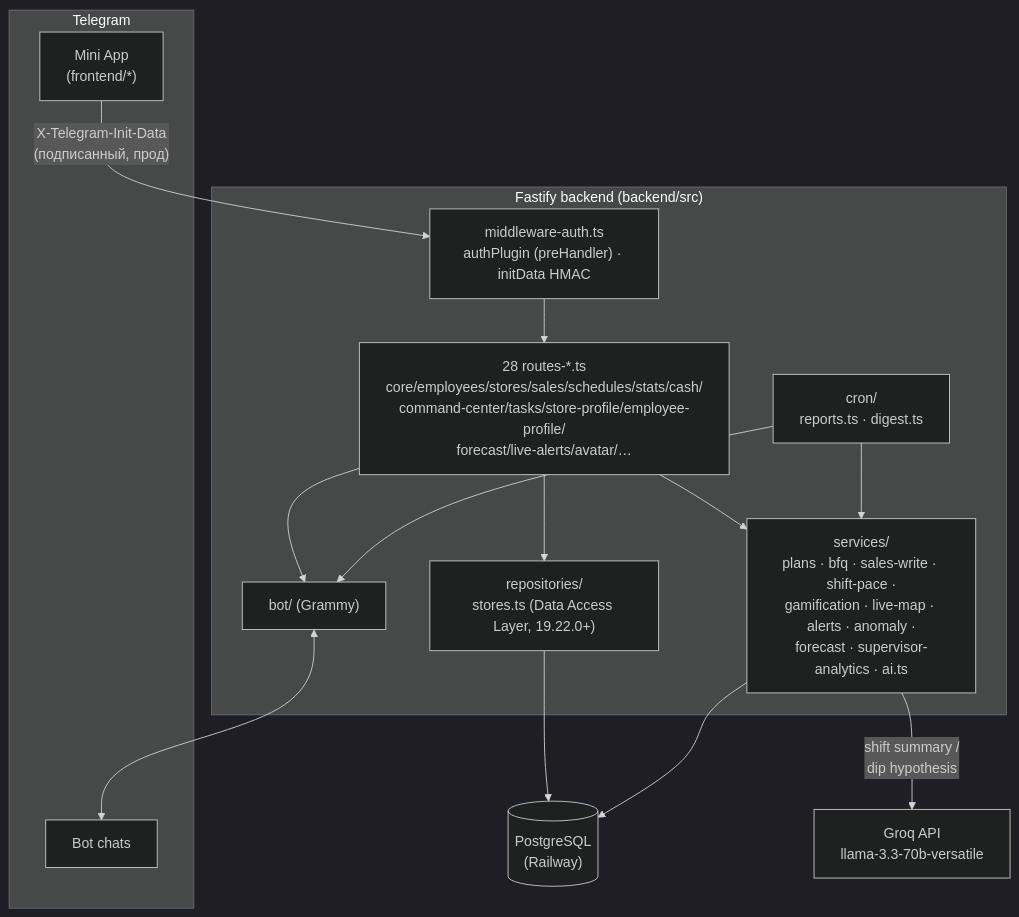
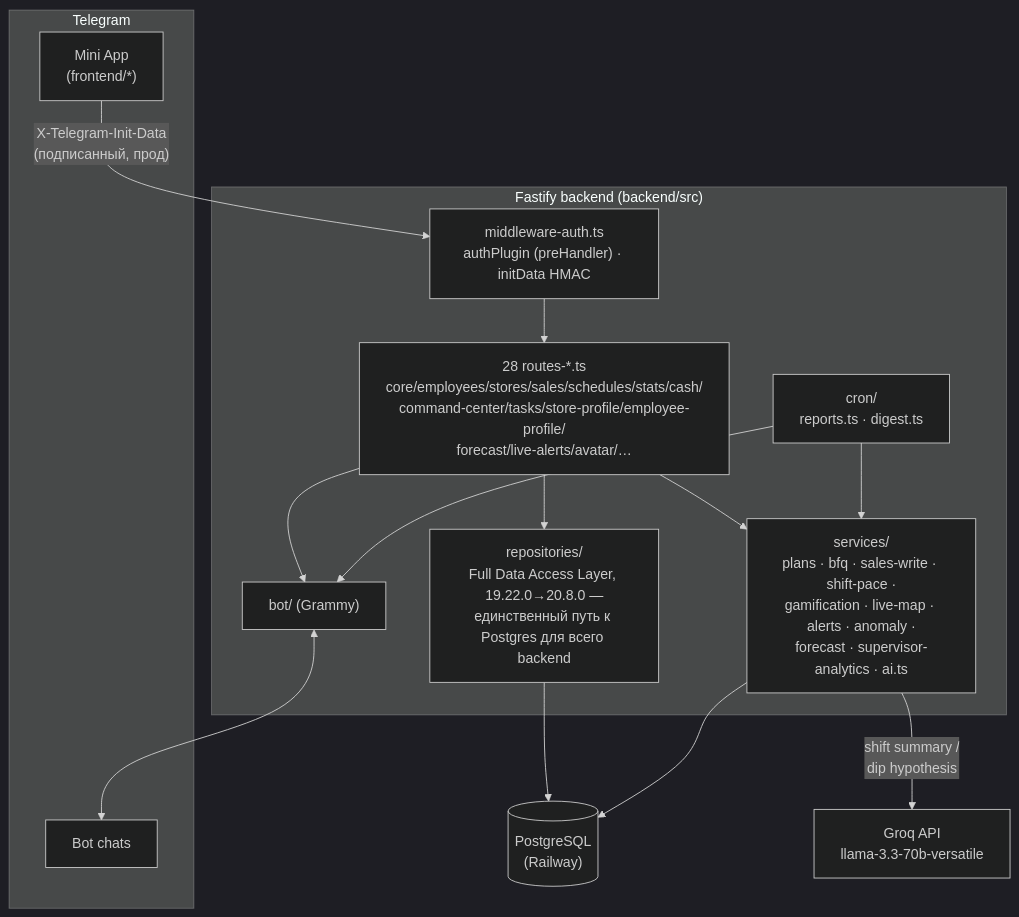
Before and after one commit to JustT1MExGOD/tele2-app: the diagram in README.md, drawn with Mermaid (dark theme). The commit also changed other lines of this file and 84 other files, not shown here.

First line of the commit message:
20.8.0: feat: Full Data Access Layer — весь backend на repositories

````diff
--- a/README.md
+++ b/README.md
@@ -126,29 +126,29 @@
 ```mermaid
 flowchart TB
     subgraph TG["Telegram"]
         MA["Mini App<br/>(frontend/*)"]
         CH["Bot chats"]
     end
 
     subgraph BE["Fastify backend (backend/src)"]
         AUTH["middleware-auth.ts<br/>authPlugin (preHandler) · initData HMAC"]
         ROUTES["28 routes-*.ts<br/>core/employees/stores/sales/schedules/stats/cash/<br/>command-center/tasks/store-profile/employee-profile/<br/>forecast/live-alerts/avatar/…"]
         SVC["services/<br/>plans · bfq · sales-write · shift-pace ·<br/>gamification · live-map · alerts · anomaly ·<br/>forecast · supervisor-analytics · ai.ts"]
-        REPO["repositories/<br/>stores.ts (Data Access Layer, 19.22.0+)"]
+        REPO["repositories/<br/>Full Data Access Layer, 19.22.0→20.8.0 —<br/>единственный путь к Postgres для всего backend"]
         CRON["cron/<br/>reports.ts · digest.ts"]
         BOT["bot/ (Grammy)"]
     end
 
     PG[("PostgreSQL<br/>(Railway)")]
     GROQ["Groq API<br/>llama-3.3-70b-versatile"]
 
     MA -- "X-Telegram-Init-Data<br/>(подписанный, прод)" --> AUTH
     AUTH --> ROUTES --> SVC
     ROUTES --> REPO --> PG
     CRON --> SVC
     SVC --> PG
     SVC -- "shift summary /<br/>dip hypothesis" --> GROQ
     BOT <--> CH
     ROUTES --> BOT
     CRON --> BOT
 ```
````
